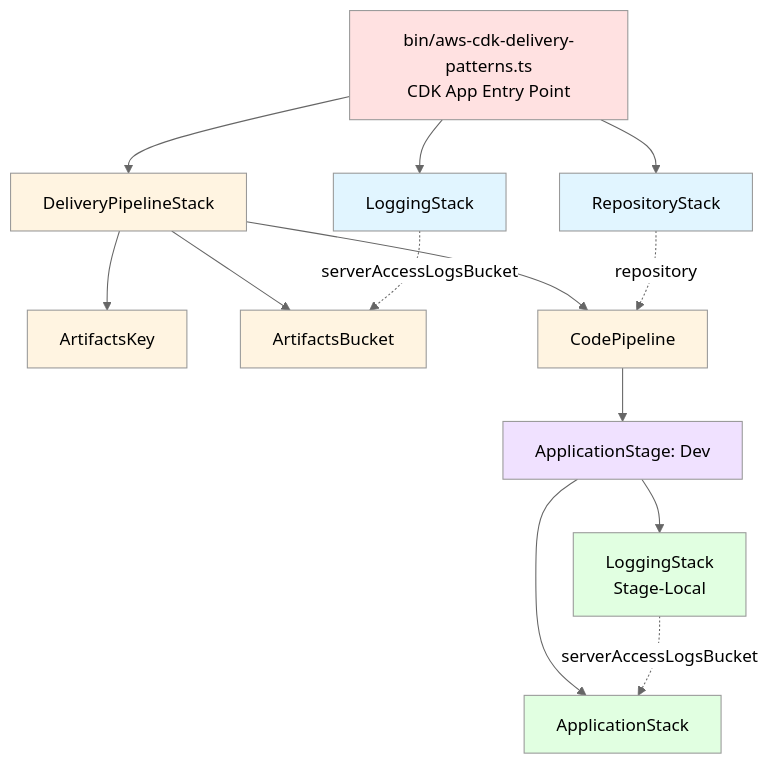
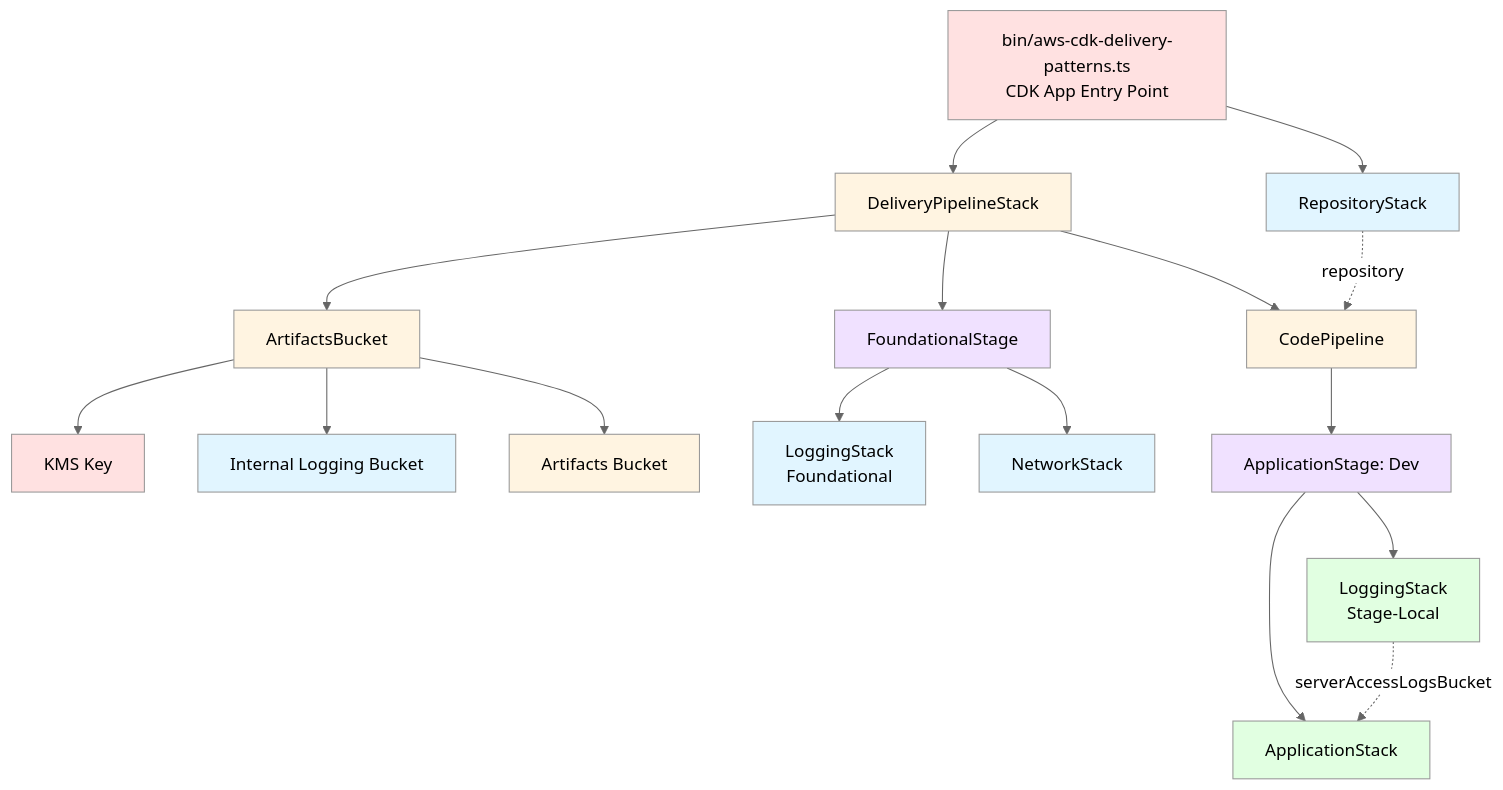
One commit to tramaine-codes/aws-cdk-delivery-patterns changed the seventh of 9 diagrams in docs/diagrams.md. Above: the diagram before and after it, drawn with Mermaid (neutral theme). The commit also changed other lines of this file and 15 other files, not shown here.

First line of the commit message:
refactor: move foundational stacks into pipeline-managed stage

````diff
--- a/docs/diagrams.md
+++ b/docs/diagrams.md
@@ -152,30 +174,39 @@
 ```mermaid
 graph TD
-    A[bin/aws-cdk-delivery-patterns.ts<br/>CDK App Entry Point] --> B[LoggingStack]
-    A --> C[RepositoryStack]
-    A --> D[DeliveryPipelineStack]
-    
-    D --> E[ArtifactsKey]
-    D --> F[ArtifactsBucket]
-    D --> G[CodePipeline]
-    
-    G --> H[ApplicationStage: Dev]
-    
-    H --> I[LoggingStack<br/>Stage-Local]
-    H --> J[ApplicationStack]
-    
-    B -.->|serverAccessLogsBucket| F
-    C -.->|repository| G
-    I -.->|serverAccessLogsBucket| J
-    
+    A[bin/aws-cdk-delivery-patterns.ts<br/>CDK App Entry Point] --> B[RepositoryStack]
+    A --> C[DeliveryPipelineStack]
+
+    C --> D[ArtifactsBucket]
+    C --> E[FoundationalStage]
+    C --> F[CodePipeline]
+
+    D --> D1[KMS Key]
+    D --> D2[Internal Logging Bucket]
+    D --> D3[Artifacts Bucket]
+
+    E --> G[LoggingStack<br/>Foundational]
+    E --> H[NetworkStack]
+
+    F --> I[ApplicationStage: Dev]
+
+    I --> J[LoggingStack<br/>Stage-Local]
+    I --> K[ApplicationStack]
+
+    B -.->|repository| F
+    J -.->|serverAccessLogsBucket| K
+
     style A fill:#ffe1e1
     style B fill:#e1f5ff
-    style C fill:#e1f5ff
+    style C fill:#fff4e1
     style D fill:#fff4e1
-    style E fill:#fff4e1
+    style D1 fill:#ffe1e1
+    style D2 fill:#e1f5ff
+    style D3 fill:#fff4e1
+    style E fill:#f0e1ff
     style F fill:#fff4e1
-    style G fill:#fff4e1
-    style H fill:#f0e1ff
-    style I fill:#e1ffe1
+    style G fill:#e1f5ff
+    style H fill:#e1f5ff
+    style I fill:#f0e1ff
     style J fill:#e1ffe1
+    style K fill:#e1ffe1
 ```
````
